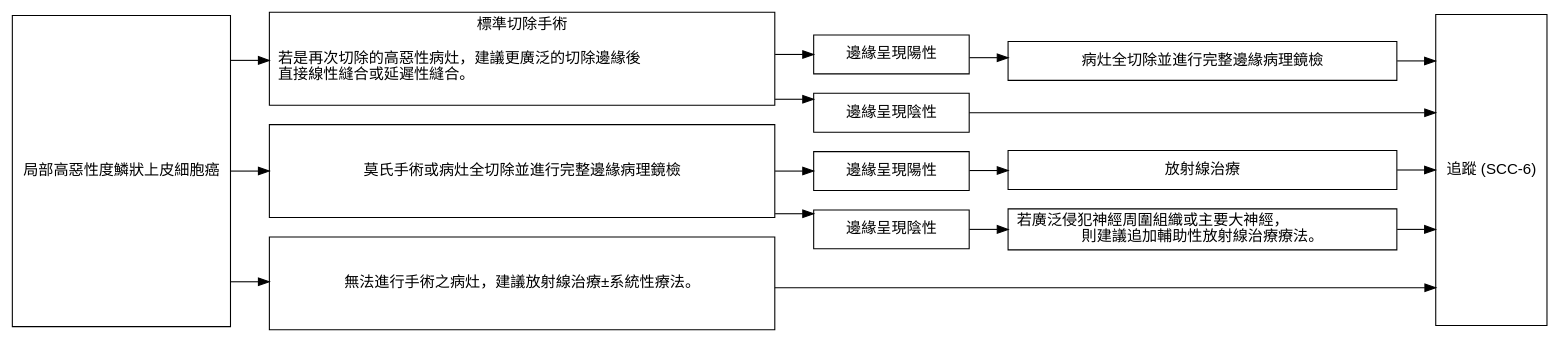
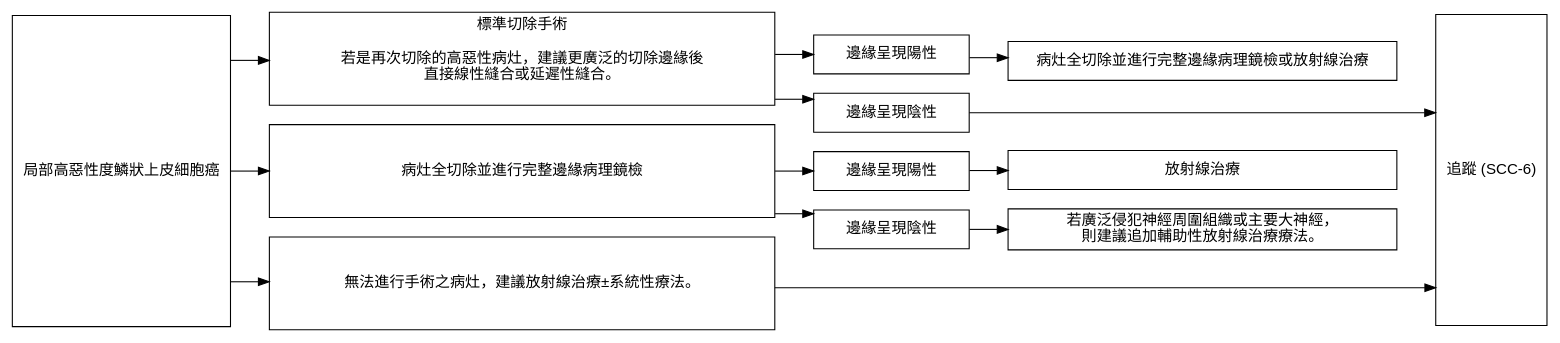
Before and after one commit to gnayyc/SkinCancerGuidelineDiagram: the diagram in SCC.3.gv, drawn with Graphviz. The commit also changed 5 other files, not shown here.

```diff
--- a/SCC.3.gv
+++ b/SCC.3.gv
@@ -1,35 +1,39 @@
 digraph {
   graph [rankdir = LR; splines=ortho; overlap=false]
   node [shape = box, fontname = Helvetica]
 
   high -> {tx1 tx2 tx3}
           tx1 -> {bo2 bo1}
                 bo1 -> fu
-                bo2 -> tx11 -> fu
+                bo2 -> tx11
+                       tx11 -> fu [style = invis]
           tx2 -> {bo4 bo3}
-                bo3 -> tx21 -> fu
-                bo4 -> tx22 -> fu
+                bo3 -> tx21
+                       tx21 -> fu [style = invis]
+                bo4 -> tx22
+                       tx22 -> fu [style = invis]
           tx3 -> fu
   
   high [label = 局部高惡性度鱗狀上皮細胞癌; height = 4]
   tx1 [label = "標準切除手術\n
-若是再次切除的高惡性病灶，建議更廣泛的切除邊緣後\l直接線性縫合或延遲性縫合。\l
+若是再次切除的高惡性病灶，建議更廣泛的切除邊緣後\n直接線性縫合或延遲性縫合。\n
 ";
 width = 6.5; height = 1.2]
-  tx11 [label = 病灶全切除並進行完整邊緣病理鏡檢; width = 5]
-  tx2  [label = 莫氏手術或病灶全切除並進行完整邊緣病理鏡檢; width = 6.5; height = 1.2]
-  tx21 [label = "若廣泛侵犯神經周圍組織或主要大神經，\l則建議追加輔助性放射線治療療法。";
+  tx11 [label = 病灶全切除並進行完整邊緣病理鏡檢或放射線治療; width = 5]
+  tx2  [label = 病灶全切除並進行完整邊緣病理鏡檢; width = 6.5; height = 1.2]
+  tx21 [label = "若廣泛侵犯神經周圍組織或主要大神經，\n則建議追加輔助性放射線治療療法。";
   width = 5]
   tx22 [label = 放射線治療; width=5]
   tx3 [label = 無法進行手術之病灶，建議放射線治療±系統性療法。; width = 6.5; height = 1.2]
   fu [label = "追蹤 (SCC-6)"; height = 4]
 
   {rank = same; tx1; tx2; tx3}
   {rank = same; bo1; bo2; bo3; bo4}
+  {rank = same; tx11; tx21; tx22}
   
   bo1 [label = 邊緣呈現陰性; width=2]
   bo2 [label = 邊緣呈現陽性; width=2]
   bo3 [label = 邊緣呈現陰性; width=2]
   bo4 [label = 邊緣呈現陽性; width=2]
 
 }
```
